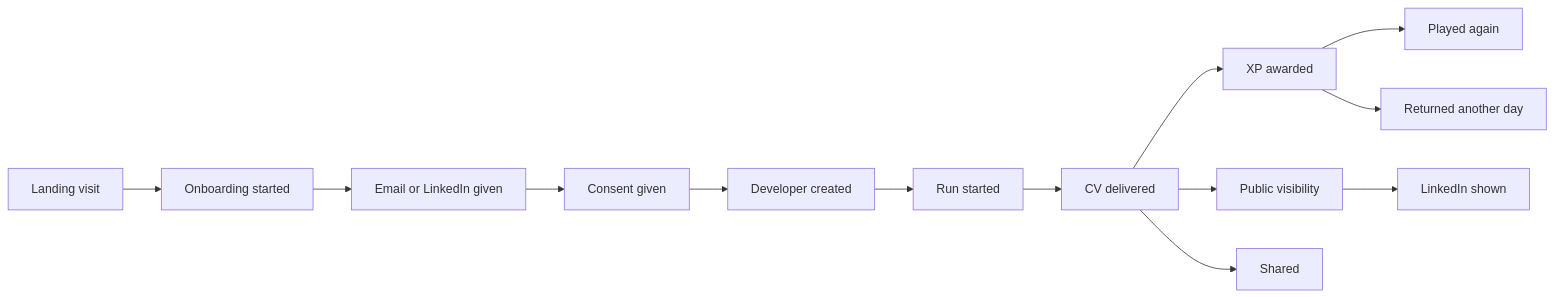
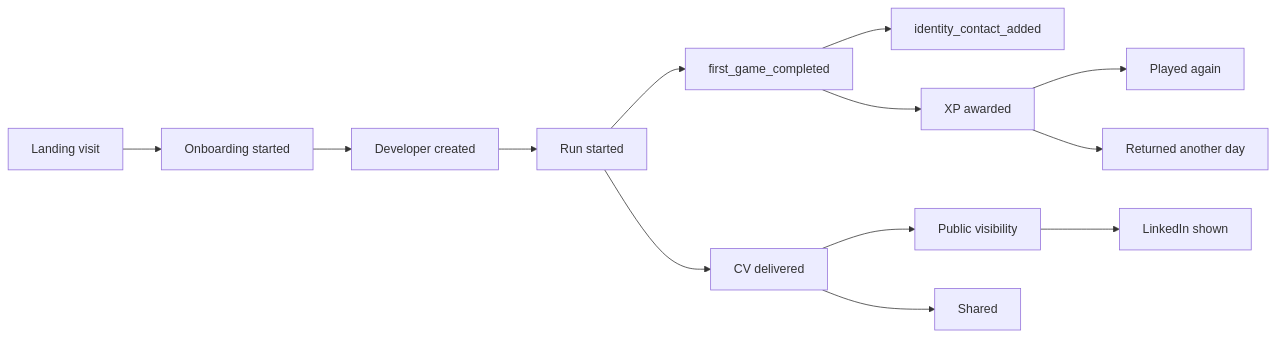
Before and after one commit to ricardoverita/cv-rush: the diagram in docs/product/success-metrics.md, drawn with Mermaid. The commit also changed other lines of this file and 34 other files, not shown here.

````diff
--- a/docs/product/success-metrics.md
+++ b/docs/product/success-metrics.md
@@ -62,9 +65,11 @@
 ```mermaid
 flowchart LR
-  visit["Landing visit"] --> onboarding["Onboarding started"] --> identity["Email or LinkedIn given"] --> consent["Consent given"] --> created["Developer created"]
-  created --> started["Run started"] --> delivered["CV delivered"] --> xp["XP awarded"]
+  visit["Landing visit"] --> onboarding["Onboarding started"] --> created["Developer created"]
+  created --> started["Run started"] --> firstDone["first_game_completed"] --> contact["identity_contact_added"]
+  firstDone --> xp["XP awarded"]
+  started --> delivered["CV delivered"]
   xp --> again["Played again"]
   xp --> returned["Returned another day"]
   delivered --> public["Public visibility"] --> linkedin["LinkedIn shown"]
   delivered --> shared["Shared"]
 ```
````
